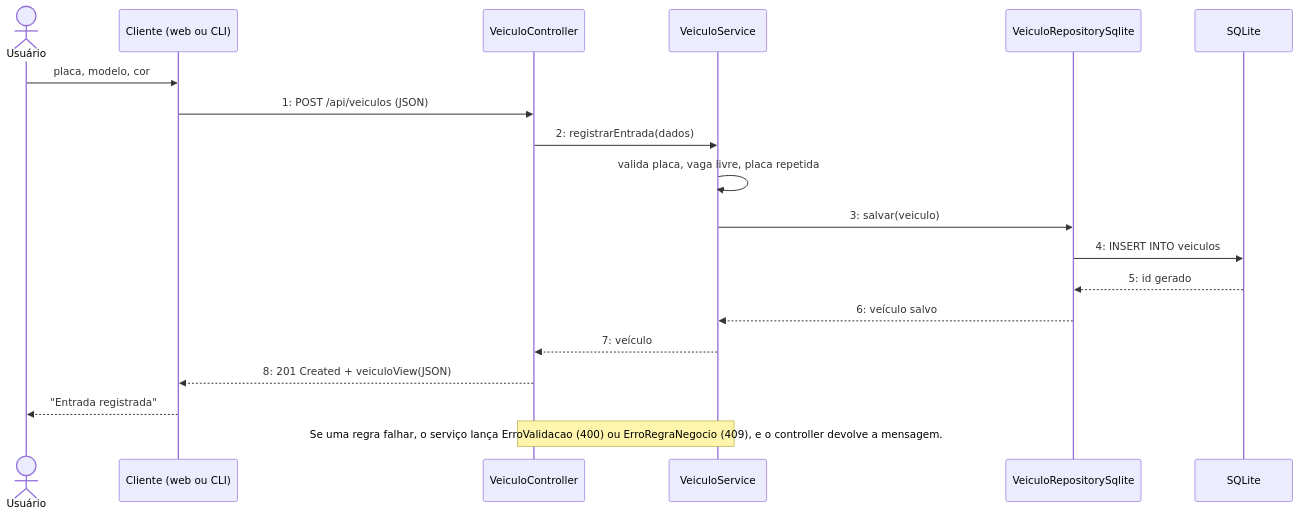
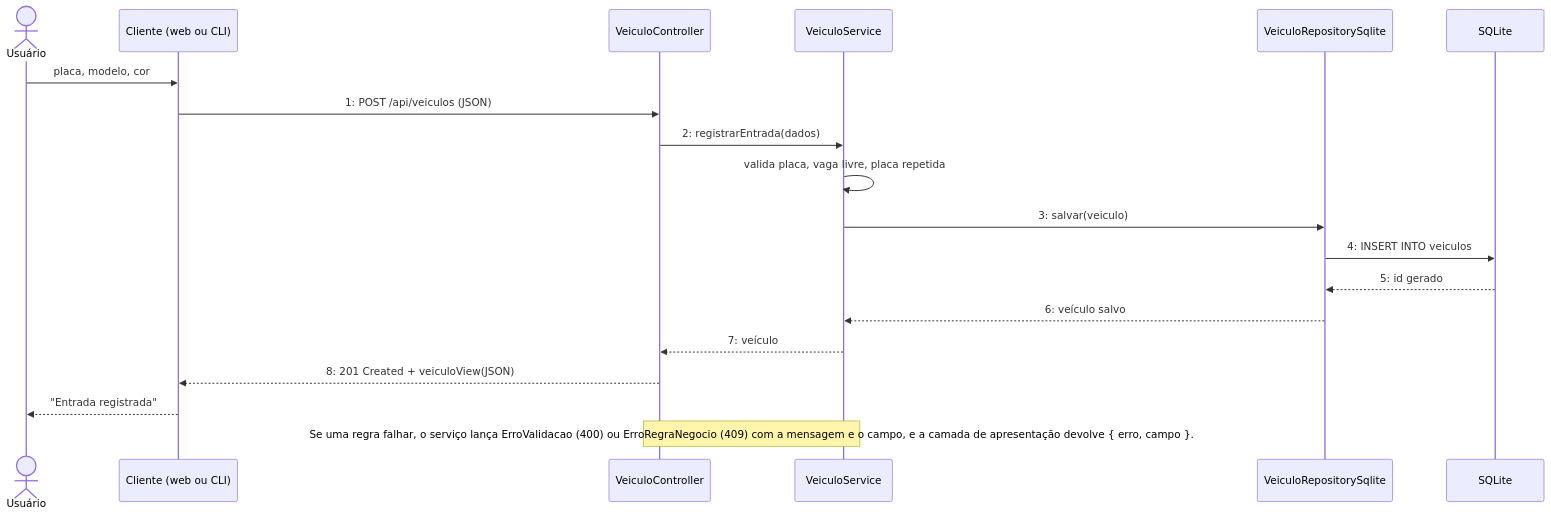
Before and after one commit to LcAllmeida/arquiteturaN3: the third of 5 diagrams in docs/diagramas/README.md, drawn with Mermaid. The commit also changed other lines of this file and 14 other files, not shown here.

````diff
--- a/docs/diagramas/README.md
+++ b/docs/diagramas/README.md
@@ -55,23 +55,23 @@
 ```mermaid
 sequenceDiagram
     actor U as Usuário
     participant CL as Cliente (web ou CLI)
     participant CT as VeiculoController
     participant SV as VeiculoService
     participant RP as VeiculoRepositorySqlite
     participant DB as SQLite
 
     U->>CL: placa, modelo, cor
     CL->>CT: 1: POST /api/veiculos (JSON)
     CT->>SV: 2: registrarEntrada(dados)
     SV->>SV: valida placa, vaga livre, placa repetida
     SV->>RP: 3: salvar(veiculo)
     RP->>DB: 4: INSERT INTO veiculos
     DB-->>RP: 5: id gerado
     RP-->>SV: 6: veículo salvo
     SV-->>CT: 7: veículo
     CT-->>CL: 8: 201 Created + veiculoView(JSON)
     CL-->>U: "Entrada registrada"
 
-    Note over SV,CT: Se uma regra falhar, o serviço lança ErroValidacao (400) ou ErroRegraNegocio (409), e o controller devolve a mensagem.
+    Note over SV,CT: Se uma regra falhar, o serviço lança ErroValidacao (400) ou ErroRegraNegocio (409) com a mensagem e o campo, e a camada de apresentação devolve { erro, campo }.
 ```
````
